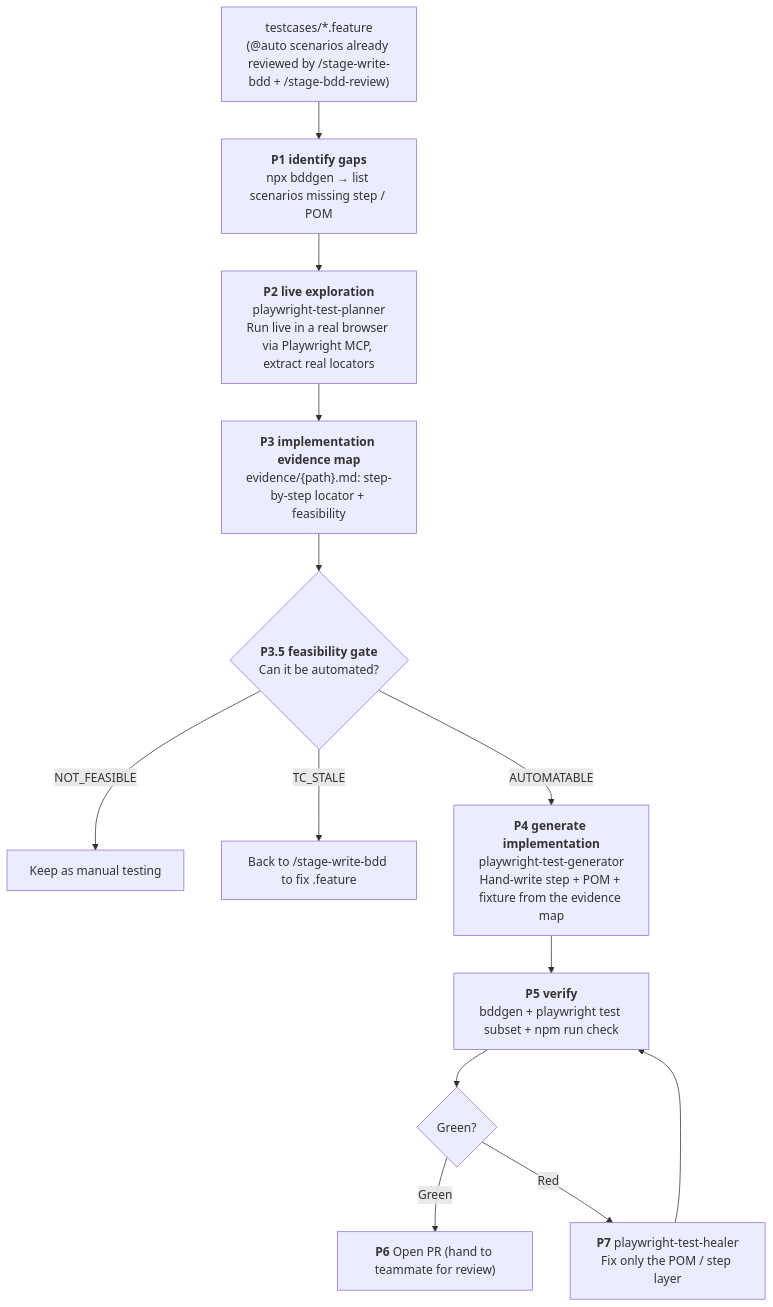
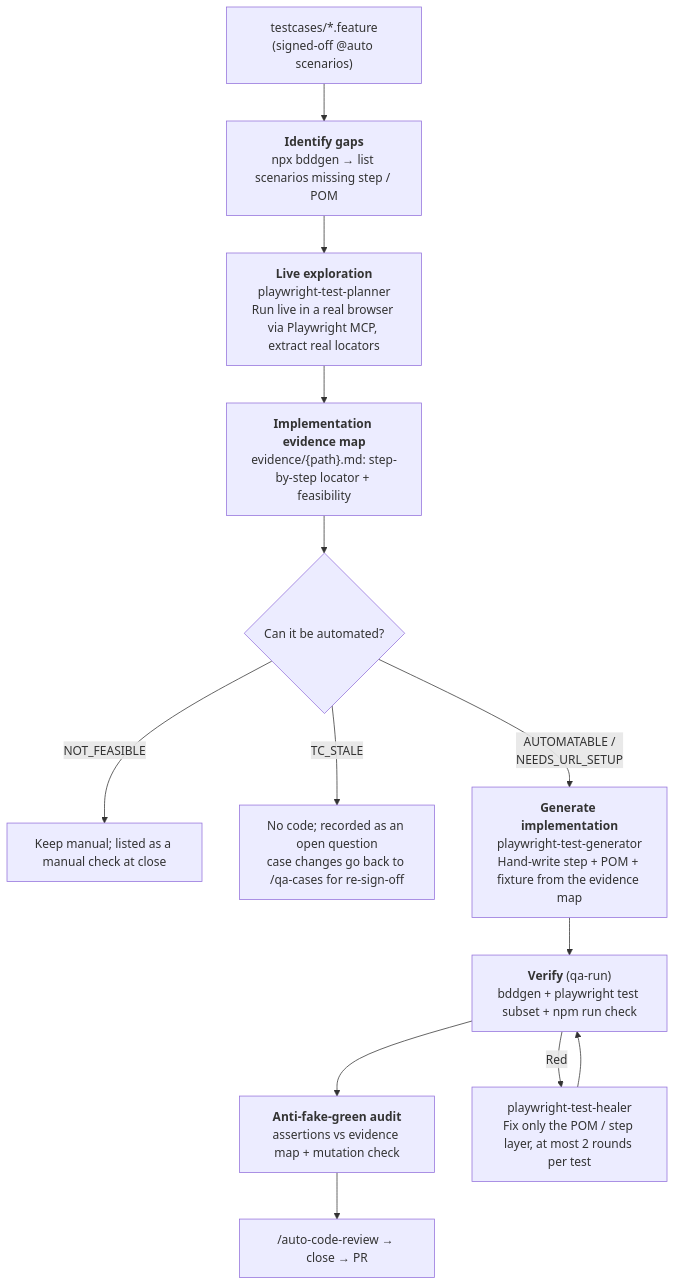
One commit to JulianWangHZ/Playwright-Web-Agentic-Engineering-Automation changed the diagram in youtube/docs/agentic-automation.md. Above: the diagram before and after it, drawn with Mermaid. The commit also changed other lines of this file and 75 other files, not shown here.

First line of the commit message:
refactor(workflow): replace feature/version stages with qa-ticket flow

````diff
--- a/youtube/docs/agentic-automation.md
+++ b/youtube/docs/agentic-automation.md
@@ -24,16 +25,16 @@
 ```mermaid
 flowchart TD
-    F["testcases/*.feature<br/>(@auto scenarios already reviewed by /stage-write-bdd + /stage-bdd-review)"]
-    F --> P1["<b>P1 identify gaps</b><br/>npx bddgen → list scenarios missing step / POM"]
-    P1 --> P2["<b>P2 live exploration</b><br/>playwright-test-planner<br/>Run live in a real browser via Playwright MCP, extract real locators"]
-    P2 --> P3["<b>P3 implementation evidence map</b><br/>evidence/{path}.md: step-by-step locator + feasibility"]
-    P3 --> GATE{"<b>P3.5 feasibility gate</b><br/>Can it be automated?"}
-    GATE -->|NOT_FEASIBLE| MANUAL["Keep as manual testing"]
-    GATE -->|TC_STALE| BDD["Back to /stage-write-bdd to fix .feature"]
-    GATE -->|AUTOMATABLE| P4["<b>P4 generate implementation</b><br/>playwright-test-generator<br/>Hand-write step + POM + fixture from the evidence map"]
-    P4 --> P5["<b>P5 verify</b><br/>bddgen + playwright test subset + npm run check"]
-    P5 --> V{Green?}
-    V -->|Green| P6["<b>P6</b> Open PR (hand to teammate for review)"]
-    V -->|Red| P7["<b>P7</b> playwright-test-healer<br/>Fix only the POM / step layer"]
-    P7 --> P5
+    F["testcases/*.feature<br/>(signed-off @auto scenarios)"]
+    F --> GAP["<b>Identify gaps</b><br/>npx bddgen → list scenarios missing step / POM"]
+    GAP --> PL["<b>Live exploration</b><br/>playwright-test-planner<br/>Run live in a real browser via Playwright MCP, extract real locators"]
+    PL --> EV["<b>Implementation evidence map</b><br/>evidence/{path}.md: step-by-step locator + feasibility"]
+    EV --> J{"Can it be automated?"}
+    J -->|NOT_FEASIBLE| MANUAL["Keep manual; listed as a manual check at close"]
+    J -->|TC_STALE| STALE["No code; recorded as an open question<br/>case changes go back to /qa-cases for re-sign-off"]
+    J -->|"AUTOMATABLE /<br/>NEEDS_URL_SETUP"| GEN["<b>Generate implementation</b><br/>playwright-test-generator<br/>Hand-write step + POM + fixture from the evidence map"]
+    GEN --> RUN["<b>Verify</b> (qa-run)<br/>bddgen + playwright test subset + npm run check"]
+    RUN --> AUD["<b>Anti-fake-green audit</b><br/>assertions vs evidence map + mutation check"]
+    RUN -->|Red| HEAL["playwright-test-healer<br/>Fix only the POM / step layer, at most 2 rounds per test"]
+    HEAL --> RUN
+    AUD --> CR["/auto-code-review → close → PR"]
 ```
````
